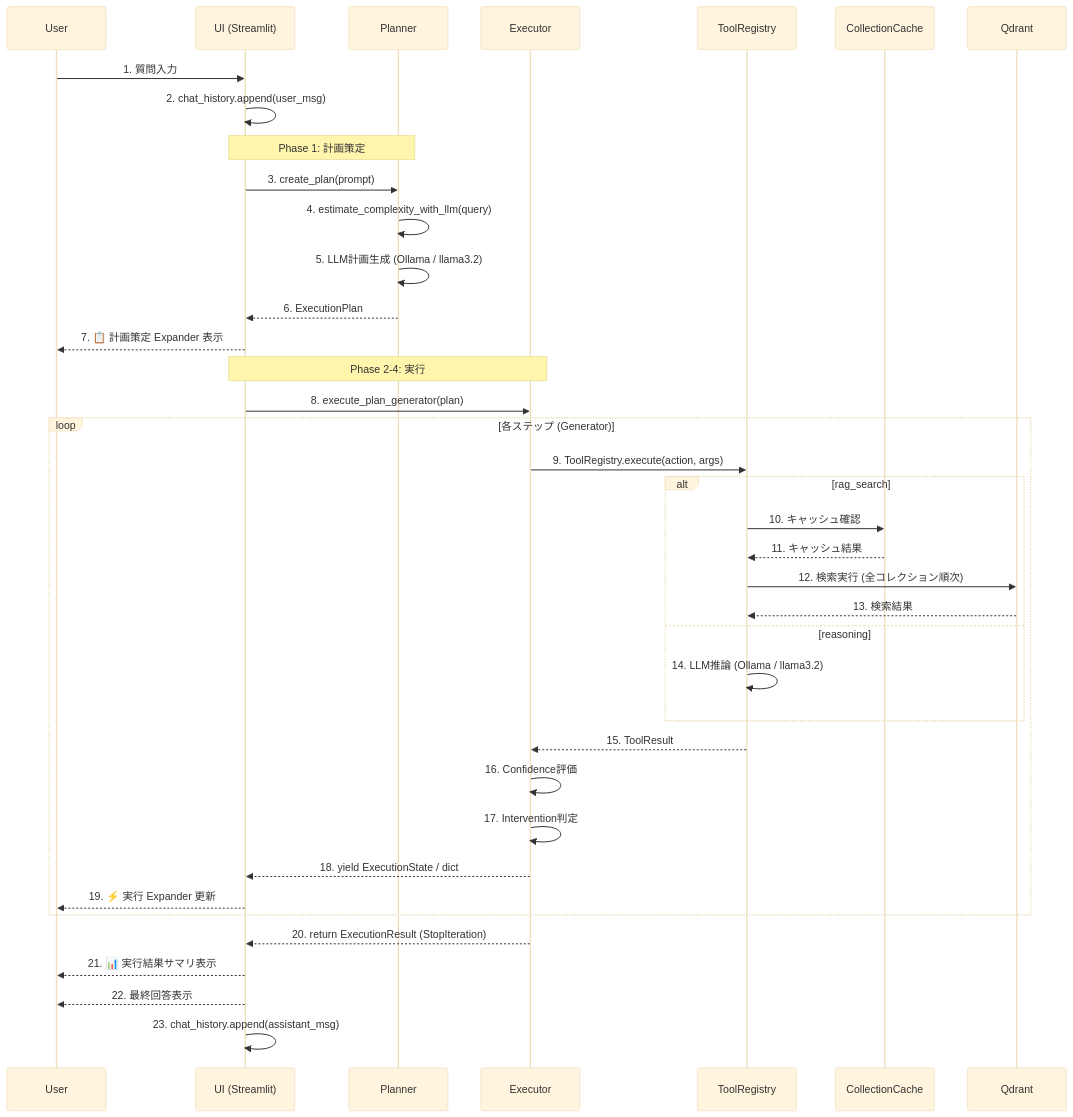
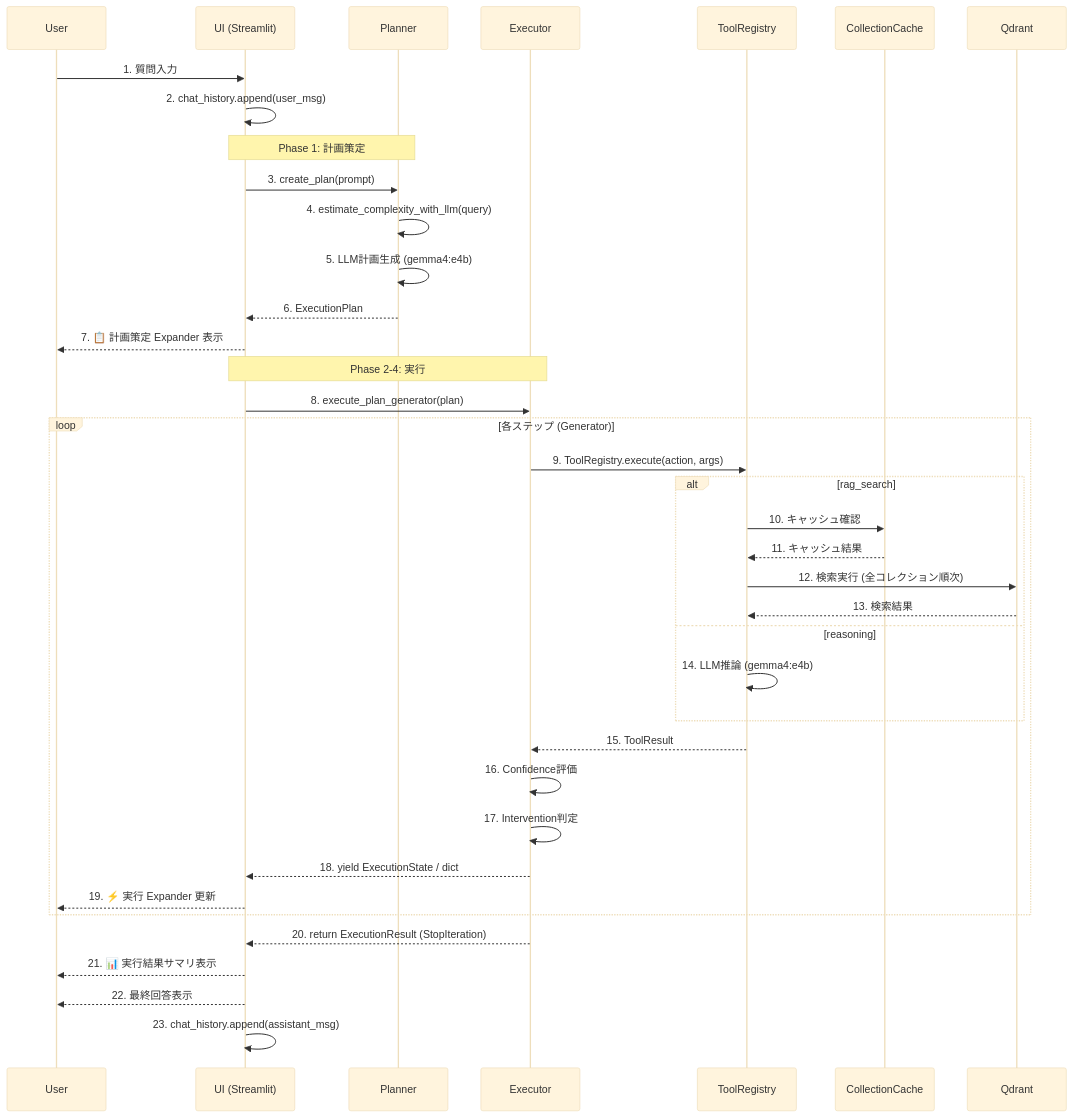
The eighth of 13 diagrams in readme_autonomous_agent.md (nakashima2toshio/ollama_grace_agent), drawn with Mermaid (base theme) before and after one commit. The commit also changed other lines of this file and 5 other files, not shown here.

First line of the commit message:
docs: update default model from llama3.2 to gemma4:e4b in all docs

````diff
--- a/readme_autonomous_agent.md
+++ b/readme_autonomous_agent.md
@@ -618,50 +619,50 @@
 ```mermaid
 sequenceDiagram
     participant User as User
     participant UI as UI (Streamlit)
     participant Planner as Planner
     participant Executor as Executor
     participant Tools as ToolRegistry
     participant Cache as CollectionCache
     participant Qdrant as Qdrant
 
     User->>UI: 1. 質問入力
     UI->>UI: 2. chat_history.append(user_msg)
 
     Note over UI,Planner: Phase 1: 計画策定
 
     UI->>Planner: 3. create_plan(prompt)
     Planner->>Planner: 4. estimate_complexity_with_llm(query)
-    Planner->>Planner: 5. LLM計画生成 (Ollama / llama3.2)
+    Planner->>Planner: 5. LLM計画生成 (gemma4:e4b)
     Planner-->>UI: 6. ExecutionPlan
     UI-->>User: 7. 📋 計画策定 Expander 表示
 
     Note over UI,Executor: Phase 2-4: 実行
 
     UI->>Executor: 8. execute_plan_generator(plan)
 
     loop 各ステップ (Generator)
         Executor->>Tools: 9. ToolRegistry.execute(action, args)
 
         alt rag_search
             Tools->>Cache: 10. キャッシュ確認
             Cache-->>Tools: 11. キャッシュ結果
             Tools->>Qdrant: 12. 検索実行 (全コレクション順次)
             Qdrant-->>Tools: 13. 検索結果
         else reasoning
-            Tools->>Tools: 14. LLM推論 (Ollama / llama3.2)
+            Tools->>Tools: 14. LLM推論 (gemma4:e4b)
         end
 
         Tools-->>Executor: 15. ToolResult
         Executor->>Executor: 16. Confidence評価
         Executor->>Executor: 17. Intervention判定
 
         Executor-->>UI: 18. yield ExecutionState / dict
         UI-->>User: 19. ⚡ 実行 Expander 更新
     end
 
     Executor-->>UI: 20. return ExecutionResult (StopIteration)
     UI-->>User: 21. 📊 実行結果サマリ表示
     UI-->>User: 22. 最終回答表示
     UI->>UI: 23. chat_history.append(assistant_msg)
 ```
````
